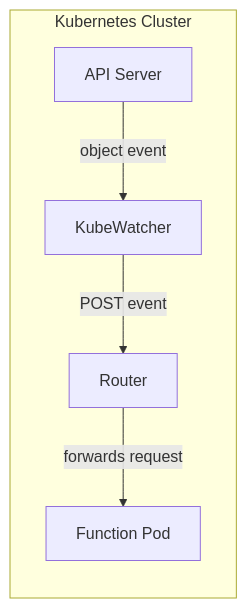
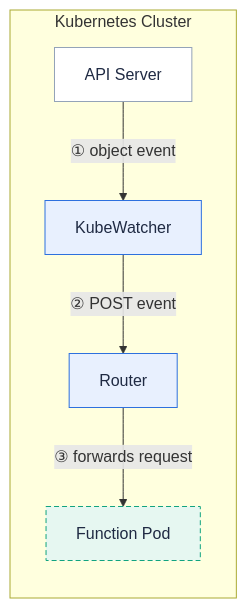
The diagram in content/en/docs/usage/triggers/kubewatcher.md (fission/fission.io), drawn with Mermaid before and after one commit. The commit also changed 30 other files, not shown here.

First line of the commit message:
Address PR feedback: zoomable diagrams, multi-color kit, centering, preview links

````diff
--- a/content/en/docs/usage/triggers/kubewatcher.md
+++ b/content/en/docs/usage/triggers/kubewatcher.md
@@ -14,13 +14,16 @@
 ```mermaid
 flowchart LR
   subgraph k8s["Kubernetes Cluster"]
-    apiserver["API Server"]
-    kubewatcher["KubeWatcher"]
-    router["Router"]
-    fnPod["Function Pod"]
+    apiserver["API Server"]:::user
+    kubewatcher["KubeWatcher"]:::fission
+    router["Router"]:::fission
+    fnPod["Function Pod"]:::pod
   end
 
-  apiserver -->|"object event"| kubewatcher
-  kubewatcher -->|"POST event"| router
-  router -->|"forwards request"| fnPod
+  apiserver -->|"① object event"| kubewatcher
+  kubewatcher -->|"② POST event"| router
+  router -->|"③ forwards request"| fnPod
+  classDef user fill:#ffffff,stroke:#94a3b8,color:#1f2a43
+  classDef fission fill:#e8f0fe,stroke:#2d70de,color:#1f2a43
+  classDef pod fill:#e6f7f1,stroke:#11a37f,color:#1f2a43,stroke-dasharray:5 3
 ```
````
